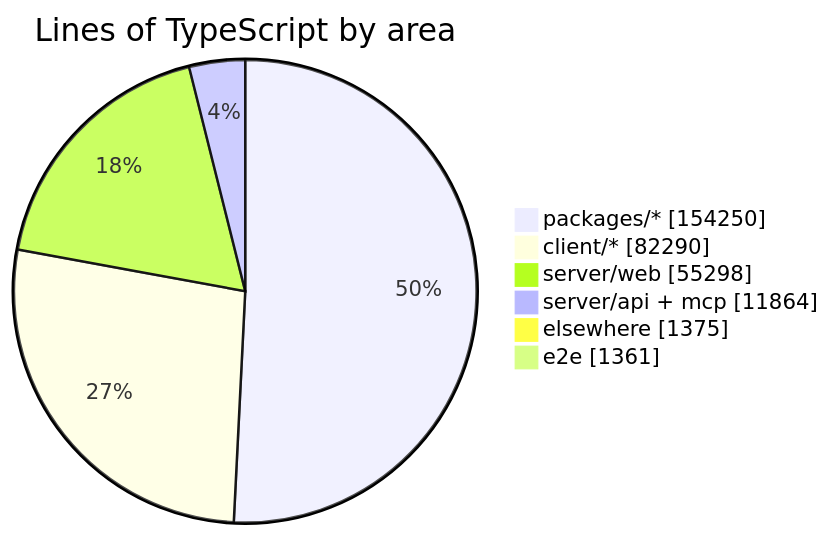
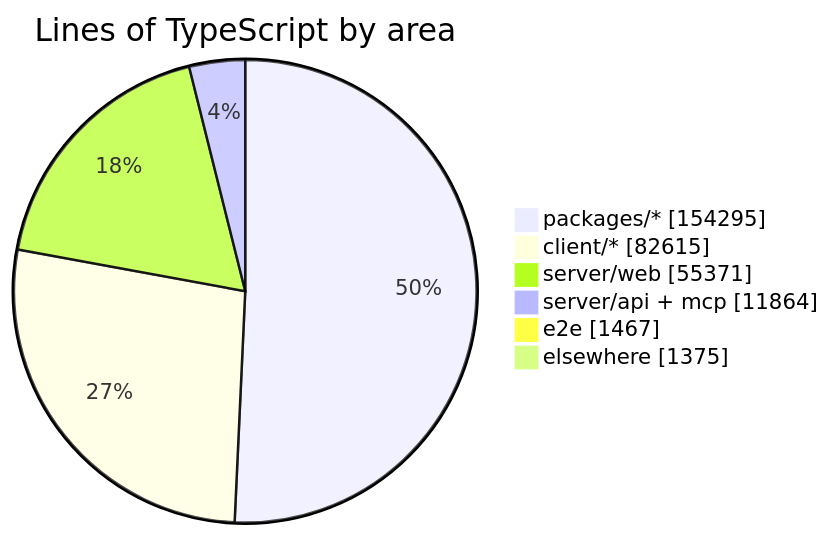
The diagram in README.md (crossworks-engineering/mantle), drawn with Mermaid before and after one commit. The commit also changed other lines of this file and 4 other files, not shown here.

````diff
--- a/README.md
+++ b/README.md
@@ -279,9 +279,9 @@
 ```mermaid
 pie showData title Lines of TypeScript by area
-    "packages/*" : 154250
-    "client/*" : 82290
-    "server/web" : 55298
+    "packages/*" : 154295
+    "client/*" : 82615
+    "server/web" : 55371
     "server/api + mcp" : 11864
+    "e2e" : 1467
     "elsewhere" : 1375
-    "e2e" : 1361
 ```
````
